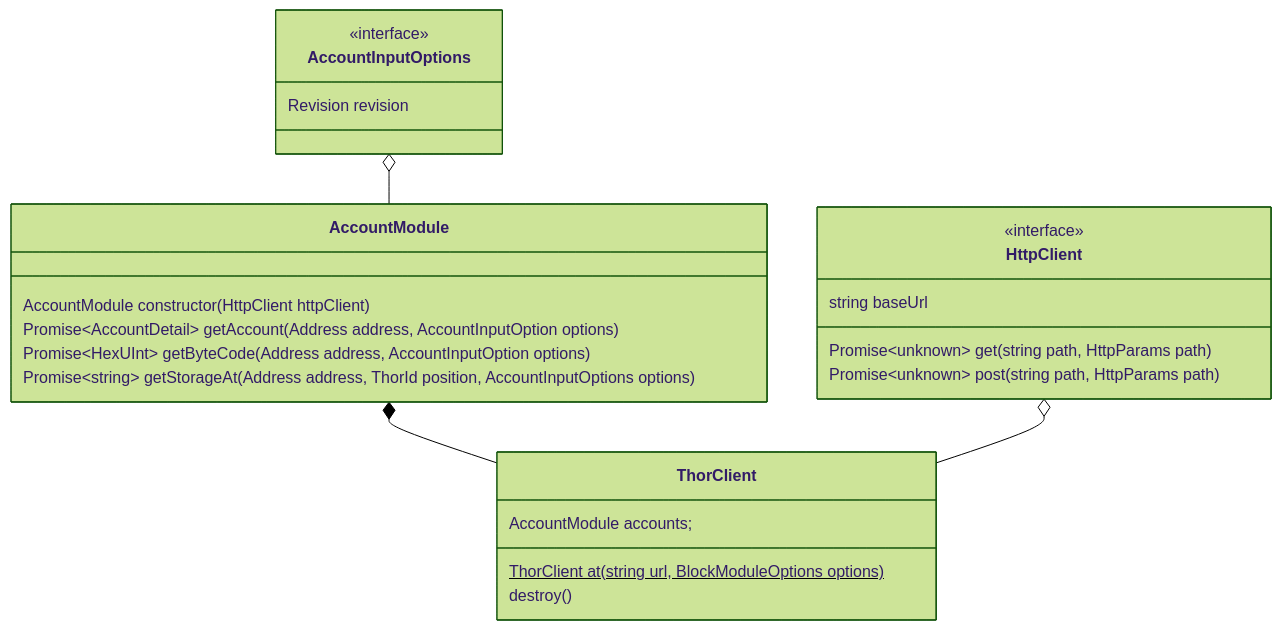
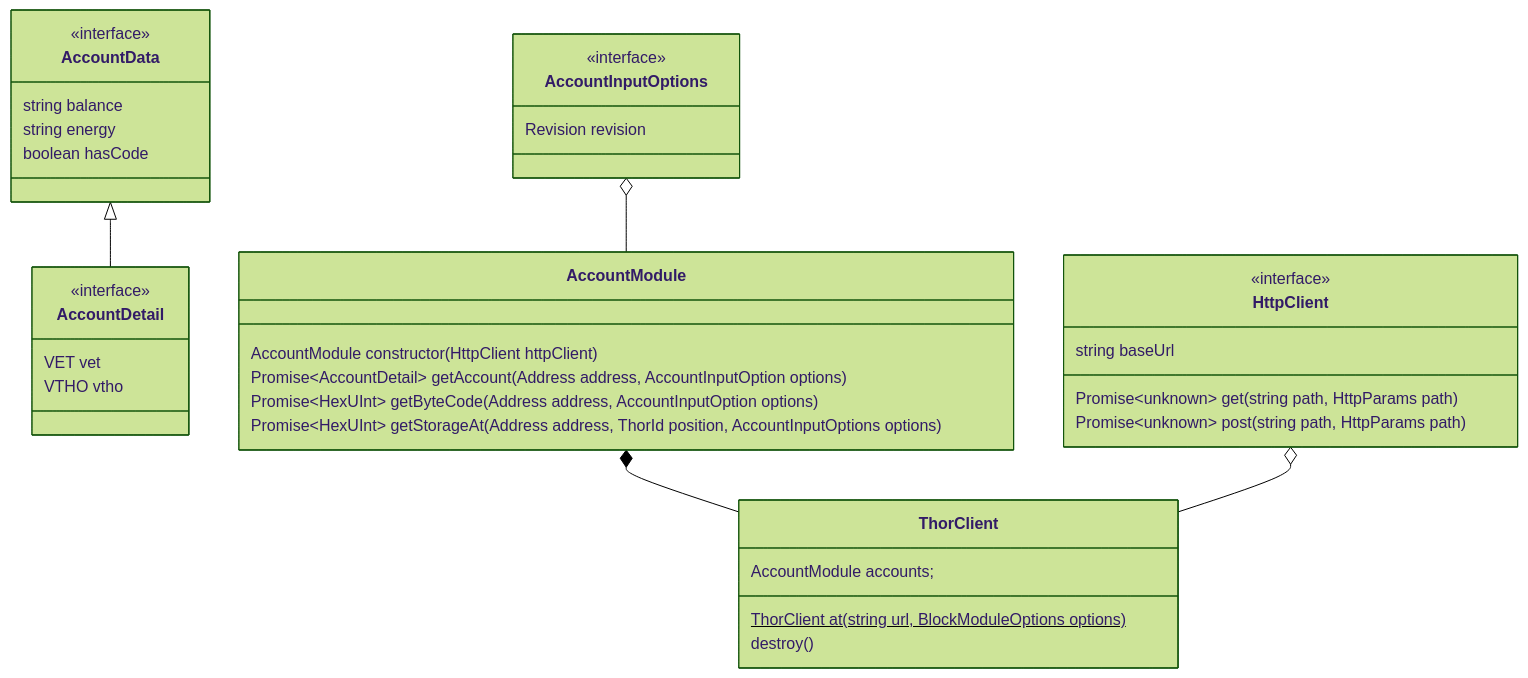
Before and after one commit to vechain/vechain-sdk-js: the diagram in docs/diagrams/architecture/network.md, drawn with Mermaid (forest theme). The commit also changed 7 other files, not shown here.

````diff
--- a/docs/diagrams/architecture/network.md
+++ b/docs/diagrams/architecture/network.md
@@ -1,28 +1,39 @@
 ```mermaid
 classDiagram
+    class AccountData {
+        <<interface>>
+        string balance
+        string energy
+        boolean hasCode
+    }
+    class AccountDetail {
+        <<interface>>
+        VET vet
+        VTHO vtho
+    }
     class AccountInputOptions {
         <<interface>>
         Revision revision
     }
     class AccountModule {
         AccountModule constructor(HttpClient httpClient)
         Promise~AccountDetail~ getAccount(Address address, AccountInputOption options)
         Promise~HexUInt~ getByteCode(Address address, AccountInputOption options)
-        Promise~string~ getStorageAt(Address address, ThorId position, AccountInputOptions options)
+        Promise~HexUInt~ getStorageAt(Address address, ThorId position, AccountInputOptions options)
     }
     class HttpClient {
         <<interface>>
         string baseUrl
         Promise~unknown~ get(string path, HttpParams path)
         Promise~unknown~ post(string path, HttpParams path)
     }
     class ThorClient {
         AccountModule accounts;
         ThorClient at(string url, BlockModuleOptions options)$
         destroy()
     }
+    AccountData <|-- AccountDetail
     AccountInputOptions o-- AccountModule
     AccountModule *-- ThorClient
     HttpClient o-- ThorClient
-
 ```
````
